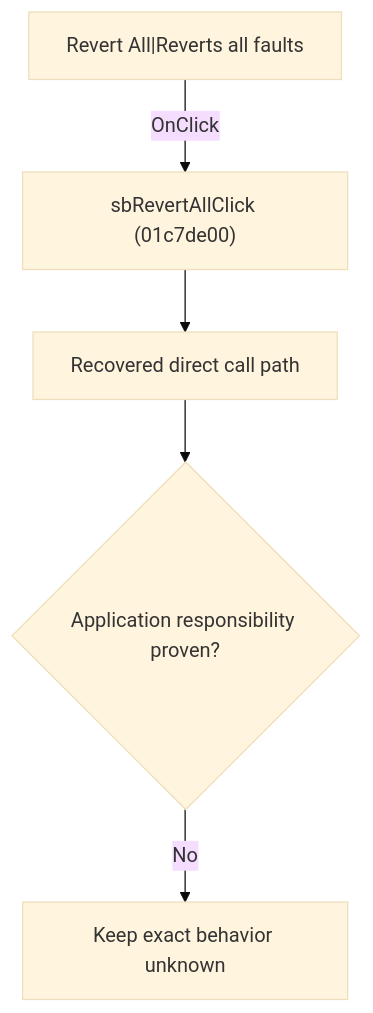
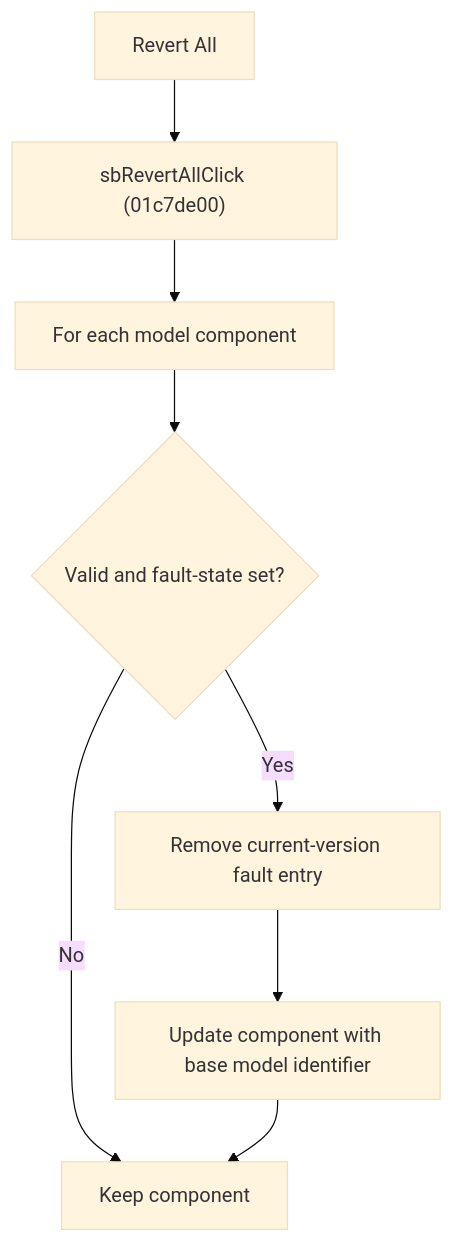
One commit to MovGP0/TIARA changed the diagram in docs/ui-controls/schematiceditor/sbrevertall-685f0889f9.md. Above: the diagram before and after it, drawn with Mermaid (base theme). The commit also changed other lines of this file and 241 other files, not shown here.

````diff
--- a/docs/ui-controls/schematiceditor/sbrevertall-685f0889f9.md
+++ b/docs/ui-controls/schematiceditor/sbrevertall-685f0889f9.md
@@ -27,7 +20,10 @@
 ```mermaid
 flowchart TD
-    control["Revert All|Reverts all faults"] -->|"OnClick"| handler["sbRevertAllClick (01c7de00)"]
-    handler --> recovered["Recovered direct call path"]
-    recovered --> gap{"Application responsibility proven?"}
-    gap -->|"No"| blocked["Keep exact behavior unknown"]
+    control["Revert All"] --> handler["sbRevertAllClick (01c7de00)"]
+    handler --> each["For each model component"]
+    each --> faulty{"Valid and fault-state set?"}
+    faulty -->|"No"| next["Keep component"]
+    faulty -->|"Yes"| remove["Remove current-version fault entry"]
+    remove --> update["Update component with base model identifier"]
+    update --> next
 ```
````
